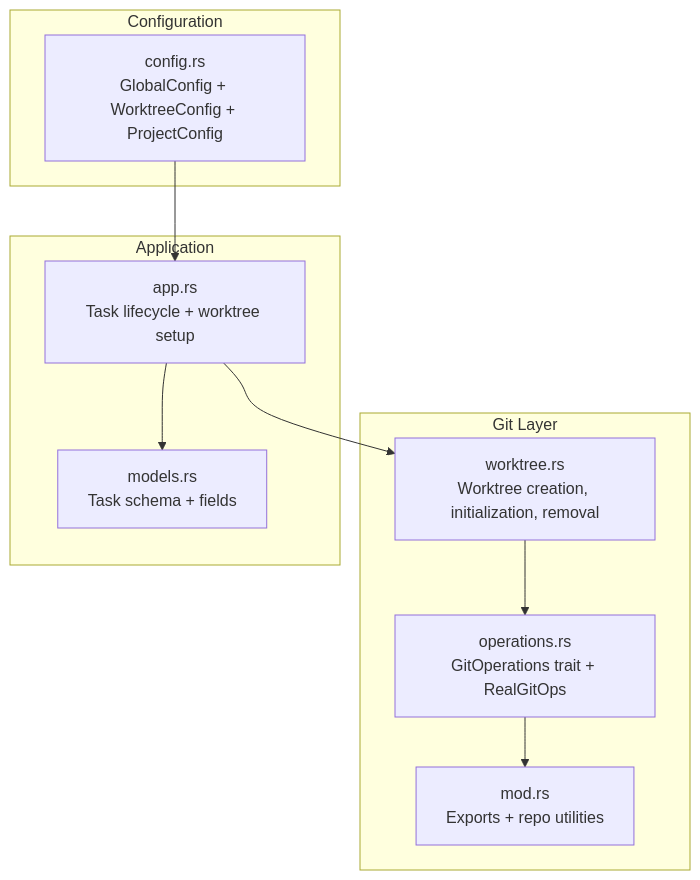
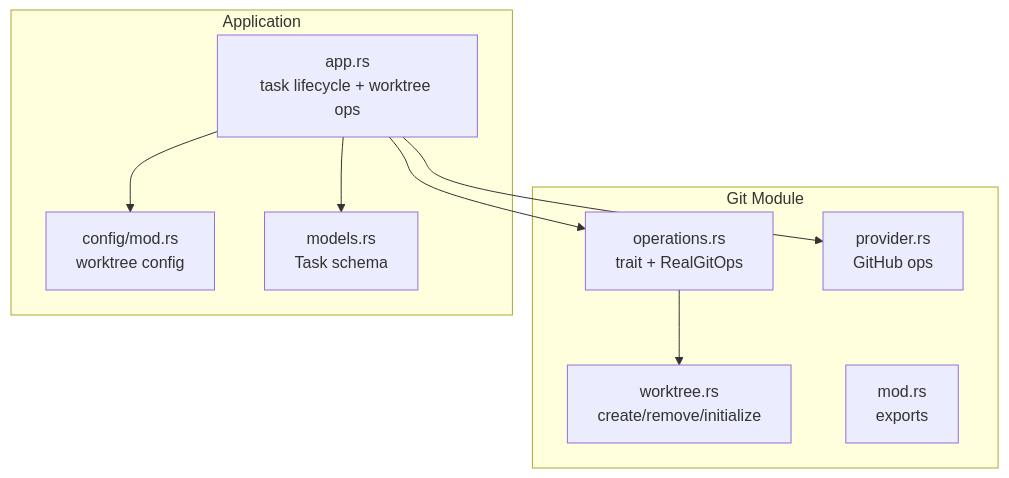
One commit to bramburn/agtx changed the first of 10 diagrams in .qoder/repowiki/en/content/Git Integration/Worktree Management.md. Above: the diagram before and after it, drawn with Mermaid. The commit also changed other lines of this file and 140 other files, not shown here.

````diff
--- a/.qoder/repowiki/en/content/Git Integration/Worktree Management.md
+++ b/.qoder/repowiki/en/content/Git Integration/Worktree Management.md
@@ -41,20 +42,19 @@
 ```mermaid
 graph TB
-subgraph "Git Layer"
-WT["worktree.rs<br/>Worktree creation, initialization, removal"]
-OPS["operations.rs<br/>GitOperations trait + RealGitOps"]
-MOD["mod.rs<br/>Exports + repo utilities"]
-end
-subgraph "Configuration"
-CFG["config.rs<br/>GlobalConfig + WorktreeConfig + ProjectConfig"]
+subgraph "Git Module"
+WT["worktree.rs<br/>create/remove/initialize"]
+OPS["operations.rs<br/>trait + RealGitOps"]
+MOD["mod.rs<br/>exports"]
+PRV["provider.rs<br/>GitHub ops"]
 end
 subgraph "Application"
-TUI["app.rs<br/>Task lifecycle + worktree setup"]
-DB["models.rs<br/>Task schema + fields"]
+APP["app.rs<br/>task lifecycle + worktree ops"]
+CFG["config/mod.rs<br/>worktree config"]
+DB["models.rs<br/>Task schema"]
 end
-WT --> OPS
-OPS --> MOD
-CFG --> TUI
-TUI --> WT
-TUI --> DB
+APP --> OPS
+OPS --> WT
+APP --> CFG
+APP --> DB
+APP --> PRV
 ```
````
